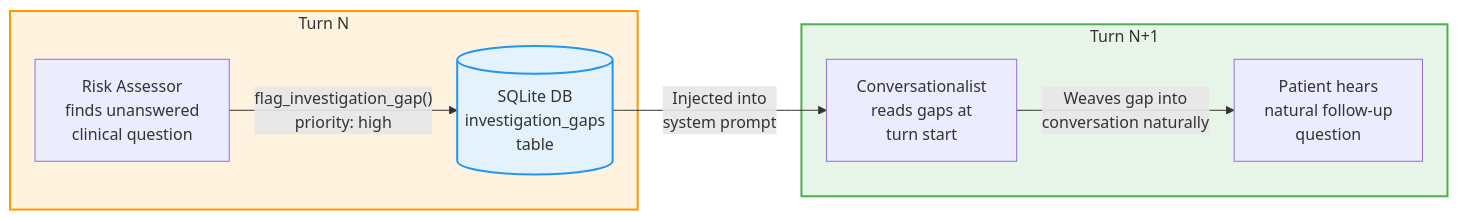
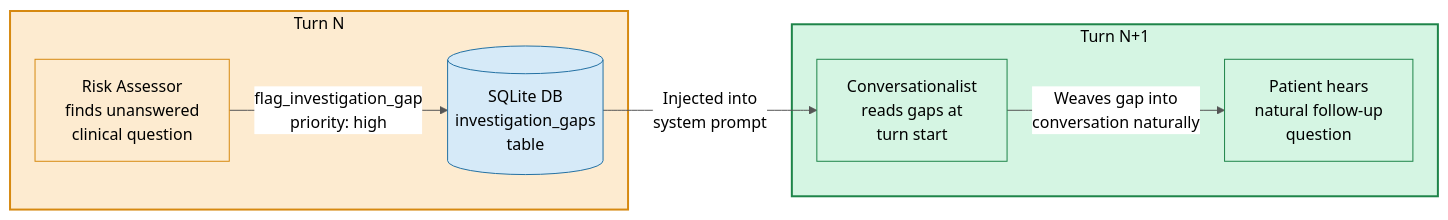
One commit to ankitasinha015/post-op-triage changed the second of 5 diagrams in ROADMAP_PRD.md. Above: the diagram before and after it, drawn with Mermaid. The commit also changed other lines of this file, not shown here.

First line of the commit message:
fix: make all Mermaid diagrams readable on dark backgrounds

````diff
--- a/ROADMAP_PRD.md
+++ b/ROADMAP_PRD.md
@@ -165,20 +193,24 @@
 ```mermaid
+%%{init: {'theme': 'base', 'themeVariables': {'primaryTextColor': '#000000', 'lineColor': '#555555', 'background': '#ffffff', 'mainBkg': '#ffffff', 'edgeLabelBackground': '#ffffff'}}}%%
 flowchart LR
     subgraph TURN_N["Turn N"]
         RA["Risk Assessor\nfinds unanswered\nclinical question"]
         DB[("SQLite DB\ninvestigation_gaps\ntable")]
-        RA -- "flag_investigation_gap()\npriority: high" --> DB
+        RA -- "flag_investigation_gap\npriority: high" --> DB
     end
 
     subgraph TURN_N1["Turn N+1"]
         CONV["Conversationalist\nreads gaps at\nturn start"]
         PAT["Patient hears\nnatural follow-up\nquestion"]
         CONV -- "Weaves gap into\nconversation naturally" --> PAT
     end
 
     DB -- "Injected into\nsystem prompt" --> CONV
 
-    style TURN_N fill:#fff3e0,stroke:#FF9800,stroke-width:2px
-    style TURN_N1 fill:#e8f5e9,stroke:#4CAF50,stroke-width:2px
-    style DB fill:#e3f2fd,stroke:#2196F3,stroke-width:2px
+    style TURN_N fill:#fdebd0,stroke:#d68910,stroke-width:2px,color:#000
+    style TURN_N1 fill:#d5f5e3,stroke:#1e8449,stroke-width:2px,color:#000
+    style RA fill:#fdebd0,stroke:#d68910,color:#000
+    style DB fill:#d6eaf8,stroke:#2471a3,color:#000
+    style CONV fill:#d5f5e3,stroke:#1e8449,color:#000
+    style PAT fill:#d5f5e3,stroke:#1e8449,color:#000
 ```
````
